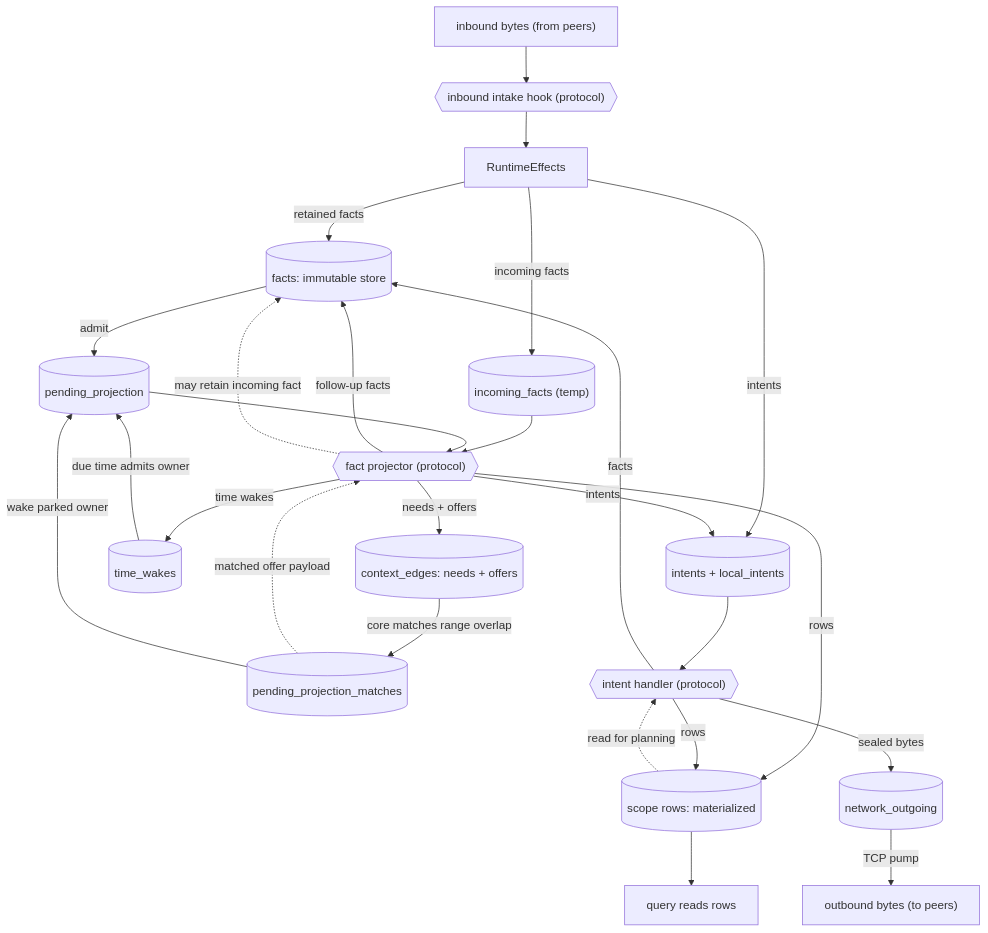
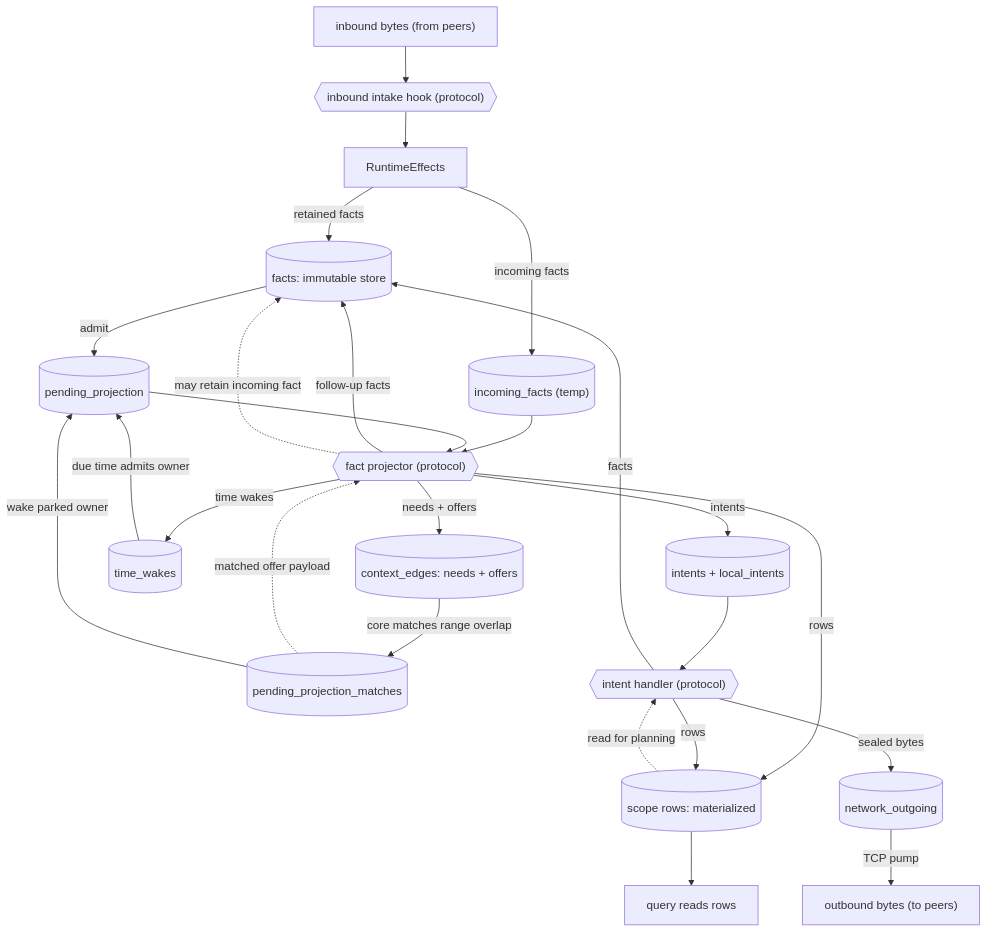
One commit to holmesworcester/poc-10 changed the first of 9 diagrams in ARCHITECTURE_DIAGRAMS.md. Above: the diagram before and after it, drawn with Mermaid. The commit also changed other lines of this file and 1 other file, not shown here.

Commit message:
Consolidate architecture diagrams

````diff
--- a/ARCHITECTURE_DIAGRAMS.md
+++ b/ARCHITECTURE_DIAGRAMS.md
@@ -60,50 +59,49 @@
 ```mermaid
 %%{init: {"flowchart": {"wrappingWidth": 300}} }%%
 flowchart TD
     FACTS[("facts: immutable store")]
     PENDING[("pending_projection")]
     NETIN["inbound bytes (from peers)"]
     INTAKE{{"inbound intake hook (protocol)"}}
     EFFECTS["RuntimeEffects"]
     INCOMING[("incoming_facts (temp)")]
     PROJECTOR{{"fact projector (protocol)"}}
     CONTEXT[("context_edges: needs + offers")]
     MATCHES[("pending_projection_matches")]
     WAKES[("time_wakes")]
     INTENTS[("intents + local_intents")]
     HANDLER{{"intent handler (protocol)"}}
     OUT[("network_outgoing")]
     NETOUT["outbound bytes (to peers)"]
     ROWS[("scope rows: materialized")]
     QUERY["query reads rows"]
 
     NETIN --> INTAKE
     INTAKE --> EFFECTS
     EFFECTS -->|incoming facts| INCOMING
     EFFECTS -->|retained facts| FACTS
-    EFFECTS -->|intents| INTENTS
     FACTS -->|admit| PENDING
     INCOMING --> PROJECTOR
     PENDING --> PROJECTOR
     MATCHES -.matched offer payload.-> PROJECTOR
 
     PROJECTOR -->|needs + offers| CONTEXT
     PROJECTOR -->|time wakes| WAKES
     PROJECTOR -->|intents| INTENTS
     PROJECTOR -->|follow-up facts| FACTS
     PROJECTOR -.may retain incoming fact.-> FACTS
     PROJECTOR -->|rows| ROWS
 
     CONTEXT -->|core matches range overlap| MATCHES
     MATCHES -->|wake parked owner| PENDING
     WAKES -->|due time admits owner| PENDING
 
     INTENTS --> HANDLER
     HANDLER -->|facts| FACTS
     HANDLER -->|rows| ROWS
     HANDLER -->|sealed bytes| OUT
 
     OUT -->|TCP pump| NETOUT
     ROWS --> QUERY
     ROWS -.read for planning.-> HANDLER
 ```
````
